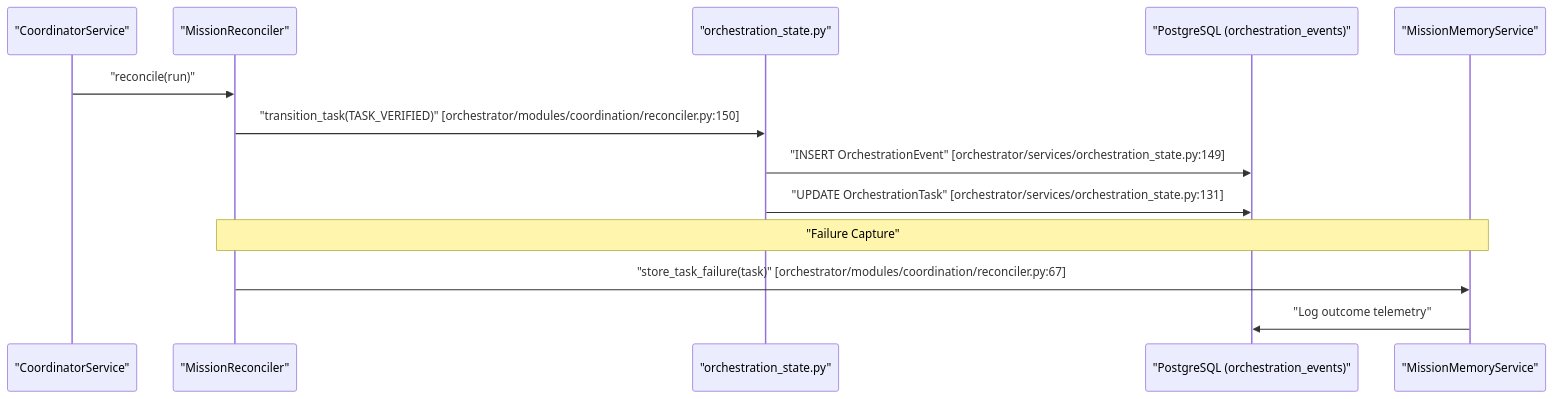
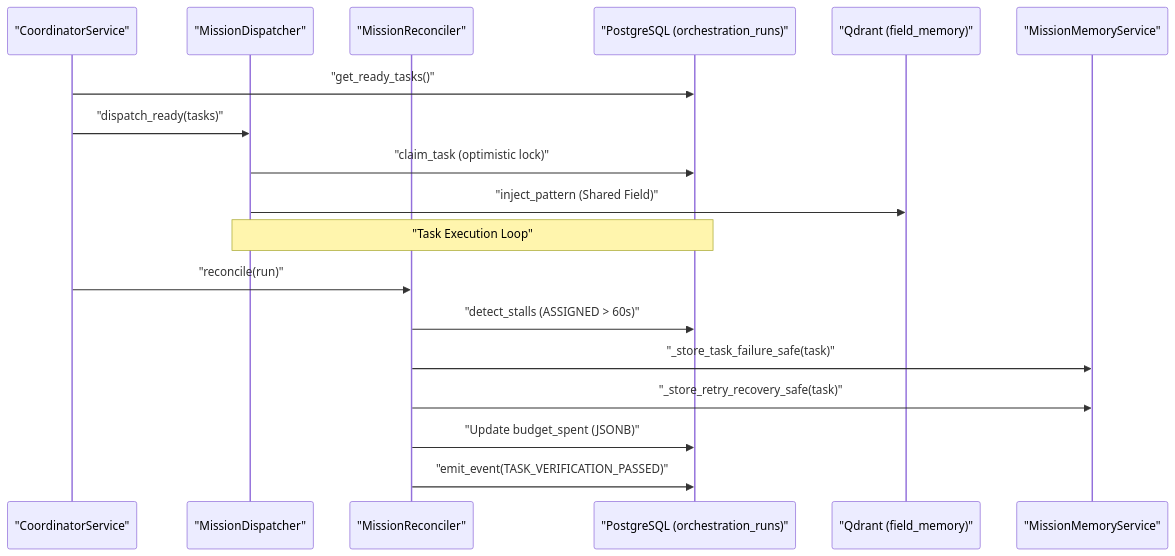
One commit to AutomatosAI/automatos-ai changed the second of 2 diagrams in docs/missions-multi-agent-coordination/budget-governance-telemetry.md. Above: the diagram before and after it, drawn with Mermaid. The commit also changed other lines of this file and 191 other files, not shown here.

````diff
--- a/docs/missions-multi-agent-coordination/budget-governance-telemetry.md
+++ b/docs/missions-multi-agent-coordination/budget-governance-telemetry.md
@@ -130,17 +162,25 @@
 ```mermaid
 sequenceDiagram
     participant CS as "CoordinatorService"
+    participant MD as "MissionDispatcher"
     participant MR as "MissionReconciler"
-    participant OS as "orchestration_state.py"
-    participant DB as "PostgreSQL (orchestration_events)"
-    participant MS as "MissionMemoryService"
+    participant DB as "PostgreSQL (orchestration_runs)"
+    participant QDR as "Qdrant (field_memory)"
+    participant MMS as "MissionMemoryService"
 
+    CS->>DB: "get_ready_tasks()"
+    CS->>MD: "dispatch_ready(tasks)"
+    
+    MD->>DB: "claim_task (optimistic lock)"
+    MD->>QDR: "inject_pattern (Shared Field)"
+    
+    Note over MD,DB: "Task Execution Loop"
+    
     CS->>MR: "reconcile(run)"
-    MR->>OS: "transition_task(TASK_VERIFIED)" [orchestrator/modules/coordination/reconciler.py:150]
-    OS->>DB: "INSERT OrchestrationEvent" [orchestrator/services/orchestration_state.py:149]
-    OS->>DB: "UPDATE OrchestrationTask" [orchestrator/services/orchestration_state.py:131]
+    MR->>DB: "detect_stalls (ASSIGNED > 60s)"
+    MR->>MMS: "_store_task_failure_safe(task)"
+    MR->>MMS: "_store_retry_recovery_safe(task)"
     
-    Note over MR,MS: "Failure Capture"
-    MR->>MS: "store_task_failure(task)" [orchestrator/modules/coordination/reconciler.py:67]
-    MS->>DB: "Log outcome telemetry"
+    MR->>DB: "Update budget_spent (JSONB)"
+    MR->>DB: "emit_event(TASK_VERIFICATION_PASSED)"
 ```
````
